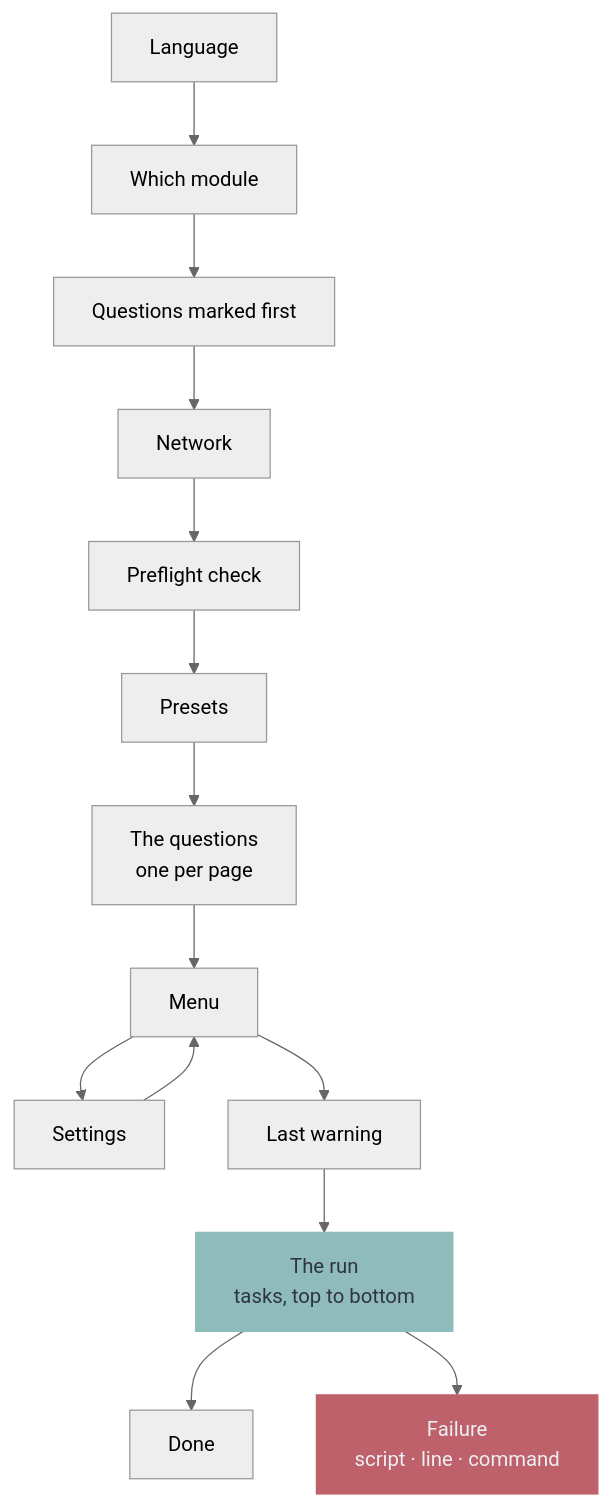
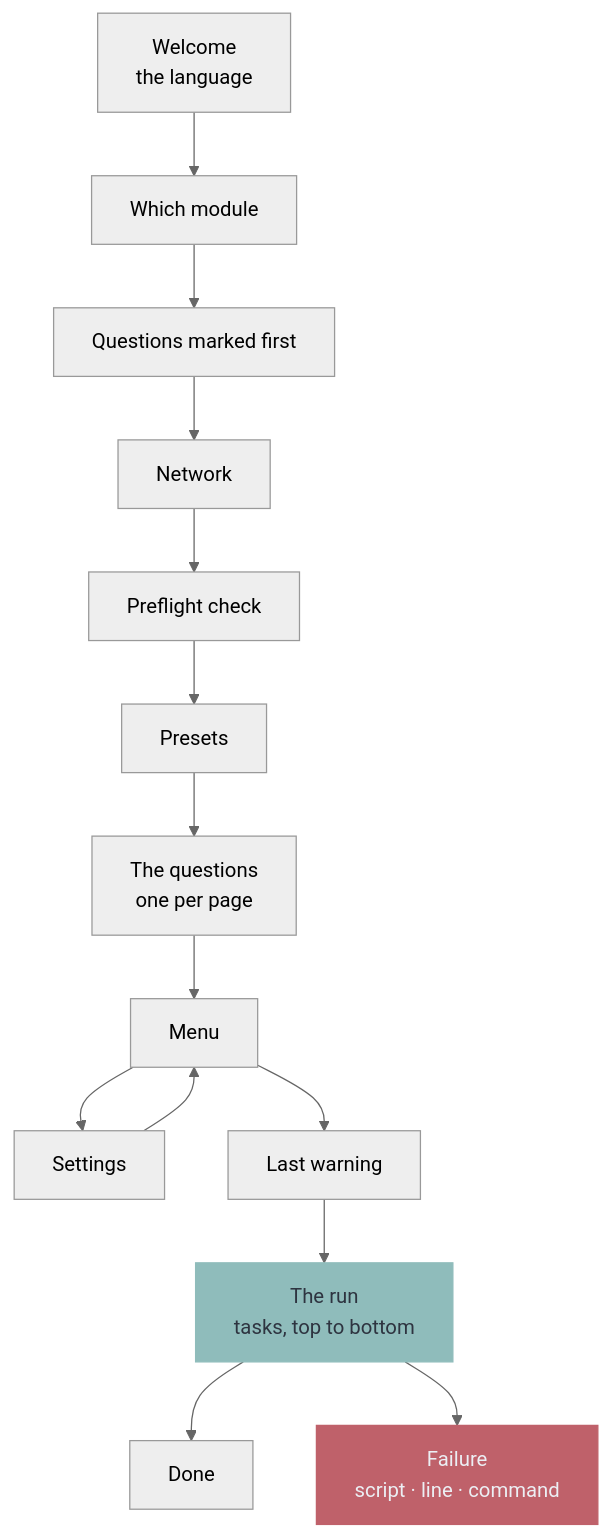
Before and after one commit to murkl/oak: the second of 3 diagrams in docs/README.md, drawn with Mermaid (neutral theme). The commit also changed other lines of this file and 53 other files, not shown here.

Commit message:
Start at 0.1.0 instead of 1.0.0   Title the frame after the product, not the module   Open every run on a welcome page   Lay tasks out by stage folders and rename execute to script   Let a module say what opening it does   Rework the validation setting in the settings page

````diff
--- a/docs/README.md
+++ b/docs/README.md
@@ -79,14 +79,14 @@
 ```mermaid
 flowchart TD
-    L["Language"] --> W["Which module"] --> Q1["Questions marked first"]
+    L["Welcome<br/>the language"] --> W["Which module"] --> Q1["Questions marked first"]
     Q1 --> N["Network"] --> P["Preflight check"] --> PR["Presets"]
     PR --> Q["The questions<br/>one per page"]
     Q --> H["Menu"]
     H --> SE["Settings"] --> H
     H --> CF["Last warning"] --> R["The run<br/>tasks, top to bottom"]
     R --> OK["Done"]
     R --> ER["Failure<br/>script · line · command"]
 
     style ER fill:#bf616a,stroke:#bf616a,color:#eceff4
     style R fill:#8fbcbb,stroke:#8fbcbb,color:#2e3440
 ```
````
